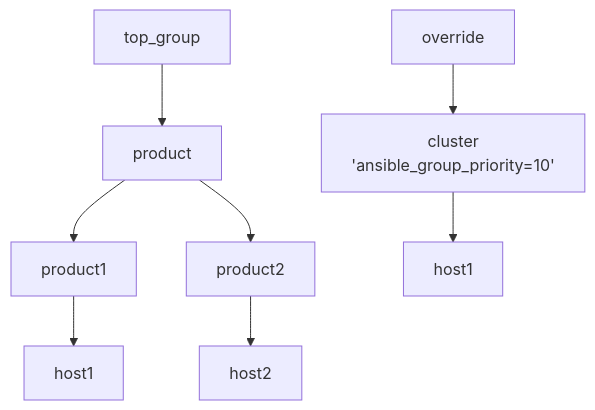
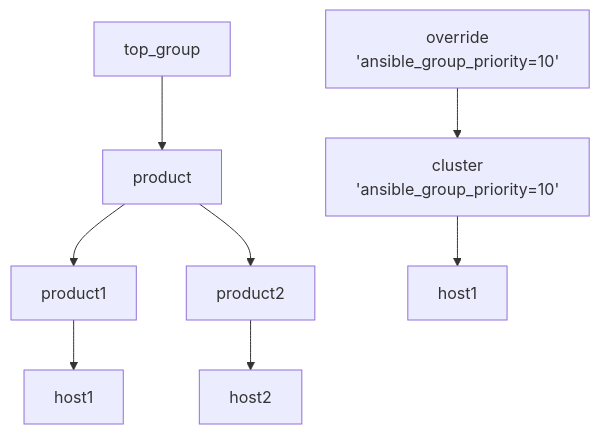
Before and after one commit to lj020326/Ansible-inventory-file-examples: the diagram in tests/ansible-group-priority/example3/README.md, drawn with Mermaid.

Commit message:
develop-lj - 	modified:   tests/ansible-group-priority/example3/README.md

````diff
--- a/tests/ansible-group-priority/example3/README.md
+++ b/tests/ansible-group-priority/example3/README.md
@@ -11,10 +11,10 @@
 ```mermaid
 graph TD;
     A[top_group] --> C[product]
-    B[override] --> F[cluster<br>'ansible_group_priority=10']
+    B[override<br>'ansible_group_priority=10'] --> F[cluster<br>'ansible_group_priority=10']
     C --> D["product1"]
     C --> E["product2"]
     D --> H["host1"]
     E --> I["host2"]
     F --> J["host1"]
 ```
````
